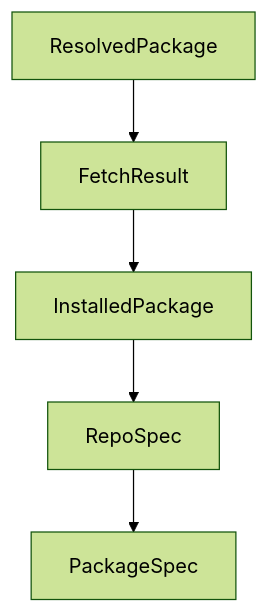
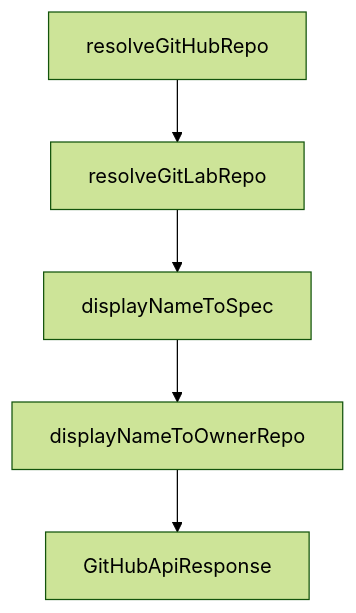
One commit to johnxie/awesome-code-docs changed the diagram in tutorials/opensrc-tutorial/04-git-repository-source-imports.md. Above: the diagram before and after it, drawn with Mermaid (forest theme). The commit also changed other lines of this file and 1232 other files, not shown here.

````diff
--- a/tutorials/opensrc-tutorial/04-git-repository-source-imports.md
+++ b/tutorials/opensrc-tutorial/04-git-repository-source-imports.md
@@ -218,12 +207,12 @@
 ```mermaid
 flowchart TD
-    A[ResolvedPackage]
-    B[FetchResult]
-    C[InstalledPackage]
-    D[RepoSpec]
-    E[PackageSpec]
+    A[resolveGitHubRepo]
+    B[resolveGitLabRepo]
+    C[displayNameToSpec]
+    D[displayNameToOwnerRepo]
+    E[GitHubApiResponse]
     A --> B
     B --> C
     C --> D
     D --> E
 ```
````
